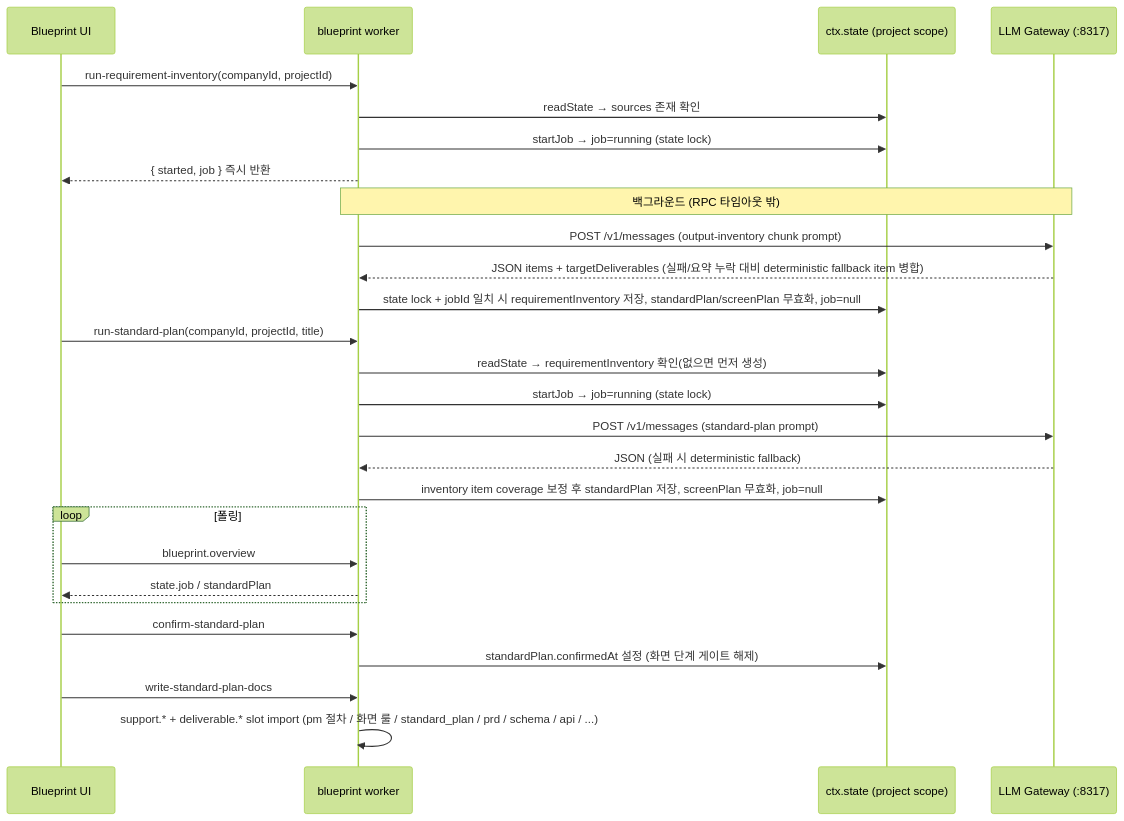
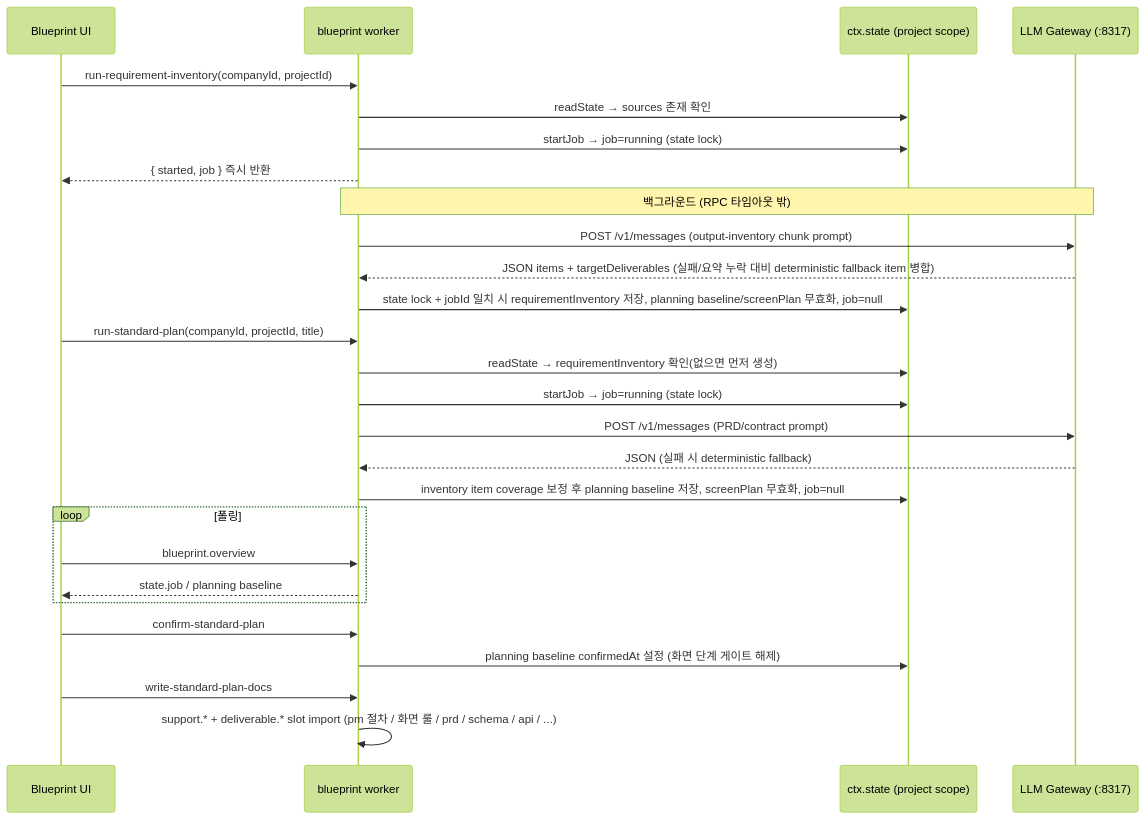
The third of 5 diagrams in bbr-plugins/builder/README.md (BBrightcode-atlas/company-os-v2), drawn with Mermaid (forest theme) before and after one commit. The commit also changed other lines of this file and 17 other files, not shown here.

````diff
--- a/bbr-plugins/builder/README.md
+++ b/bbr-plugins/builder/README.md
@@ -121,30 +121,30 @@
 ```mermaid
 sequenceDiagram
   participant UI as Blueprint UI
   participant W as blueprint worker
   participant S as ctx.state (project scope)
   participant L as LLM Gateway (:8317)
 
   UI->>W: run-requirement-inventory(companyId, projectId)
   W->>S: readState → sources 존재 확인
   W->>S: startJob → job=running (state lock)
   W-->>UI: { started, job } 즉시 반환
   Note over W,L: 백그라운드 (RPC 타임아웃 밖)
   W->>L: POST /v1/messages (output-inventory chunk prompt)
   L-->>W: JSON items + targetDeliverables (실패/요약 누락 대비 deterministic fallback item 병합)
-  W->>S: state lock + jobId 일치 시 requirementInventory 저장, standardPlan/screenPlan 무효화, job=null
+  W->>S: state lock + jobId 일치 시 requirementInventory 저장, planning baseline/screenPlan 무효화, job=null
   UI->>W: run-standard-plan(companyId, projectId, title)
   W->>S: readState → requirementInventory 확인(없으면 먼저 생성)
   W->>S: startJob → job=running (state lock)
-  W->>L: POST /v1/messages (standard-plan prompt)
+  W->>L: POST /v1/messages (PRD/contract prompt)
   L-->>W: JSON (실패 시 deterministic fallback)
-  W->>S: inventory item coverage 보정 후 standardPlan 저장, screenPlan 무효화, job=null
+  W->>S: inventory item coverage 보정 후 planning baseline 저장, screenPlan 무효화, job=null
   loop 폴링
     UI->>W: blueprint.overview
-    W-->>UI: state.job / standardPlan
+    W-->>UI: state.job / planning baseline
   end
   UI->>W: confirm-standard-plan
-  W->>S: standardPlan.confirmedAt 설정 (화면 단계 게이트 해제)
+  W->>S: planning baseline confirmedAt 설정 (화면 단계 게이트 해제)
   UI->>W: write-standard-plan-docs
-  W->>W: support.* + deliverable.* slot import (pm 절차 / 화면 룰 / standard_plan / prd / schema / api / ...)
+  W->>W: support.* + deliverable.* slot import (pm 절차 / 화면 룰 / prd / schema / api / ...)
 ```
````
